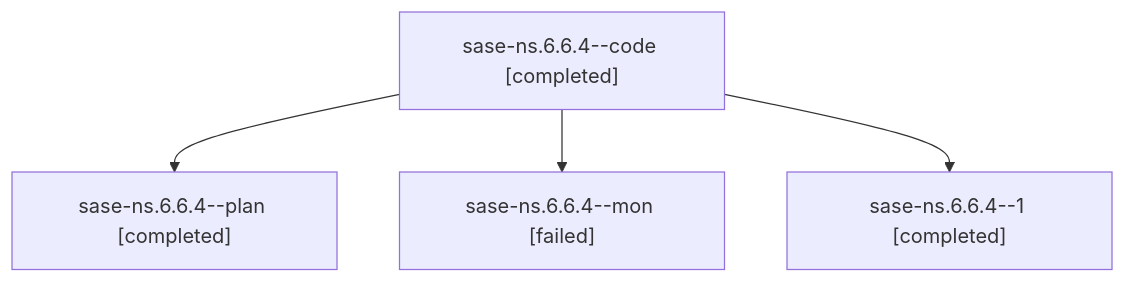
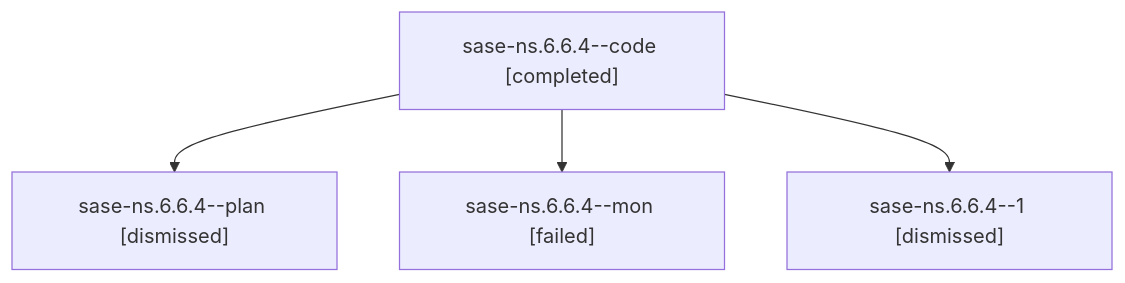
Before and after one commit to sase-org/sase--agents: the diagram in families/bbugyi200.athena.sase-ns.6.6.4.md, drawn with Mermaid. The commit also changed other lines of this file and 179 other files, not shown here.

````diff
--- a/families/bbugyi200.athena.sase-ns.6.6.4.md
+++ b/families/bbugyi200.athena.sase-ns.6.6.4.md
@@ -9,10 +9,10 @@
 ```mermaid
 flowchart TD
   n0["sase-ns.6.6.4--code [completed]"]
-  n1["sase-ns.6.6.4--plan [completed]"]
+  n1["sase-ns.6.6.4--plan [dismissed]"]
   n0 --> n1
   n2["sase-ns.6.6.4--mon [failed]"]
   n0 --> n2
-  n3["sase-ns.6.6.4--1 [completed]"]
+  n3["sase-ns.6.6.4--1 [dismissed]"]
   n0 --> n3
 ```
````
